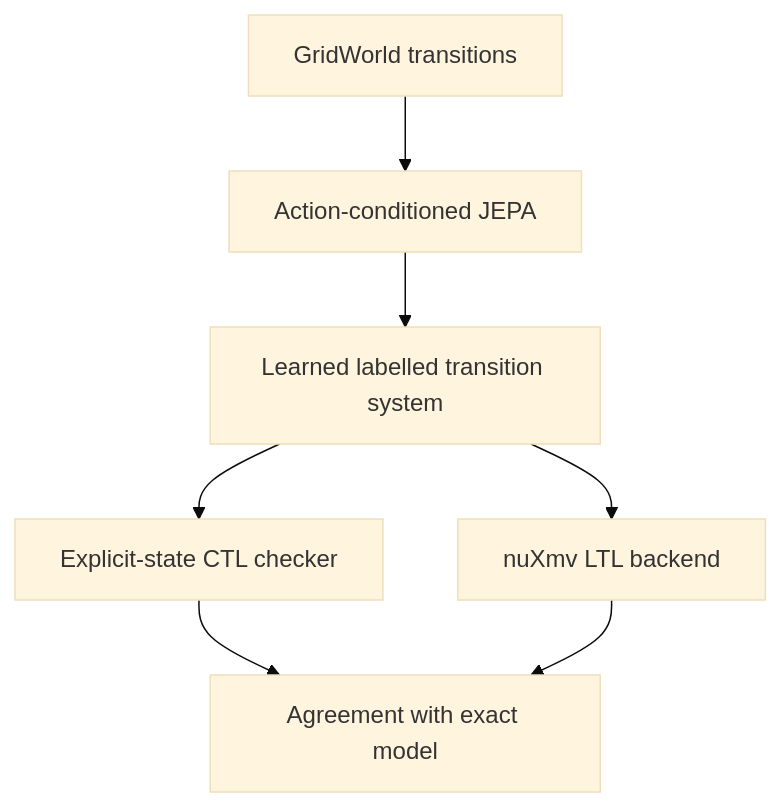
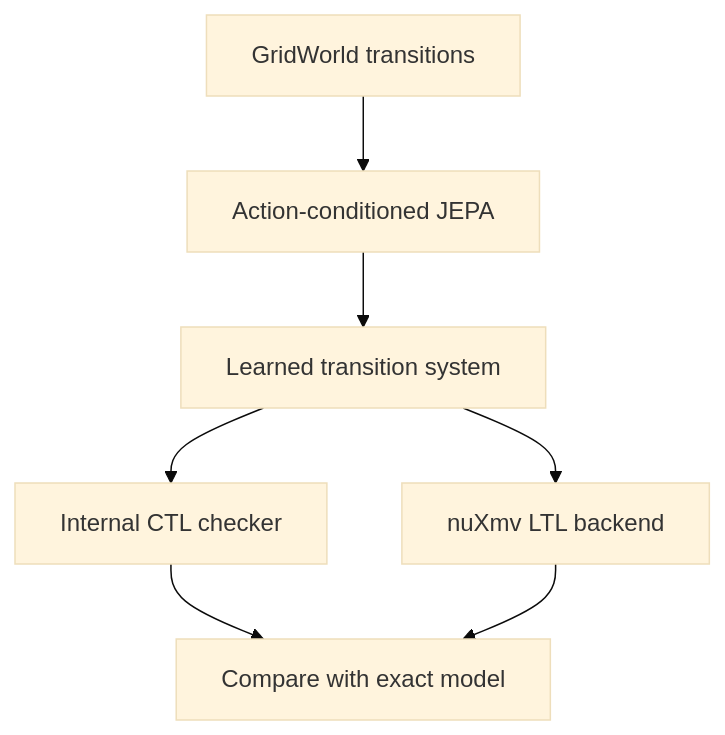
One commit to cantodea/jepa-lmc changed the diagram in README.md. Above: the diagram before and after it, drawn with Mermaid (base theme). The commit also changed other lines of this file and 51 other files, not shown here.

````diff
--- a/README.md
+++ b/README.md
@@ -15,9 +14,9 @@
 ```mermaid
 flowchart TD
     A[GridWorld transitions] --> B[Action-conditioned JEPA]
-    B --> C[Learned labelled transition system]
-    C --> D[Explicit-state CTL checker]
+    B --> C[Learned transition system]
+    C --> D[Internal CTL checker]
     C --> E[nuXmv LTL backend]
-    D --> F[Agreement with exact model]
+    D --> F[Compare with exact model]
     E --> F
 ```
````
